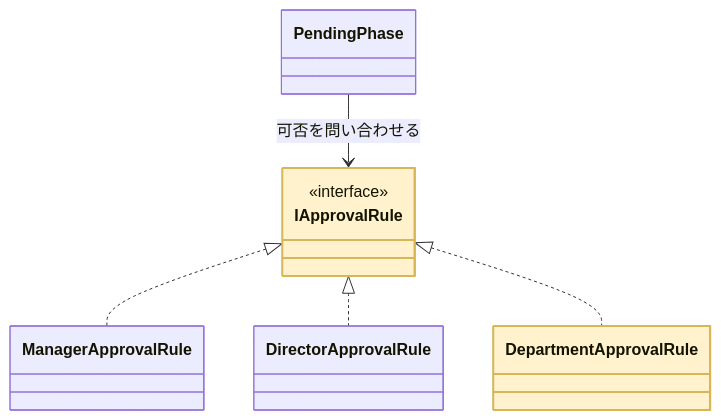
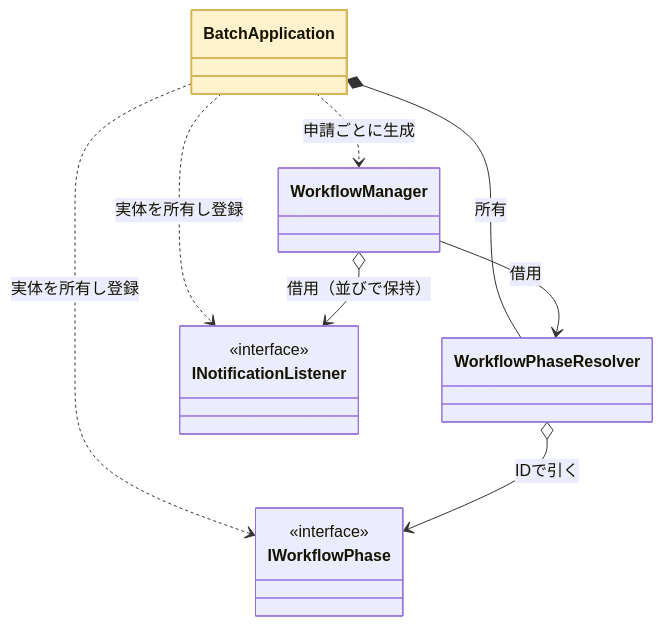
One commit to kumachan1101-pixel/DesignPattern changed diagram 14 of 21 in kindle/design-patterns/output/chapter12.md. Above: the diagram before and after it, drawn with Mermaid. The commit also changed other lines of this file, not shown here.

````diff
--- a/kindle/design-patterns/output/chapter12.md
+++ b/kindle/design-patterns/output/chapter12.md
@@ -1552,15 +2025,17 @@
 ```mermaid
 classDiagram
-    class PendingPhase
-    class IApprovalRule { <<interface>> }
-    class ManagerApprovalRule
-    class DirectorApprovalRule
-    class DepartmentApprovalRule
-    PendingPhase --> IApprovalRule : 可否を問い合わせる
-    IApprovalRule <|.. ManagerApprovalRule
-    IApprovalRule <|.. DirectorApprovalRule
-    IApprovalRule <|.. DepartmentApprovalRule
-    class IApprovalRule:::focus
-    class DepartmentApprovalRule:::focus
+    class BatchApplication
+    class WorkflowManager
+    class WorkflowPhaseResolver
+    class IWorkflowPhase { <<interface>> }
+    class INotificationListener { <<interface>> }
+    BatchApplication *-- WorkflowPhaseResolver : 所有
+    BatchApplication ..> WorkflowManager : 申請ごとに生成
+    BatchApplication ..> IWorkflowPhase : 実体を所有し登録
+    BatchApplication ..> INotificationListener : 実体を所有し登録
+    WorkflowPhaseResolver o--> IWorkflowPhase : IDで引く
+    WorkflowManager --> WorkflowPhaseResolver : 借用
+    WorkflowManager o--> INotificationListener : 借用（並びで保持）
+    class BatchApplication:::focus
     classDef focus fill:#FFF2CC,stroke:#D6B656,stroke-width:2px
 ```
````
